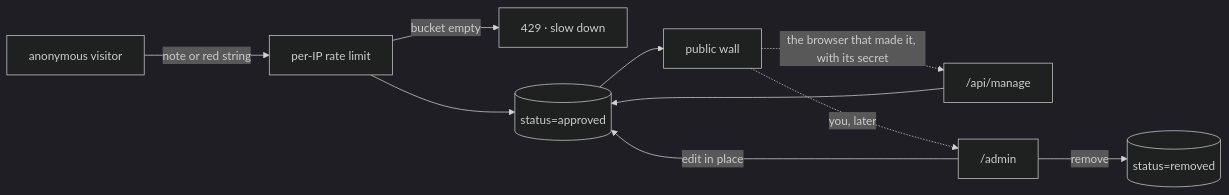
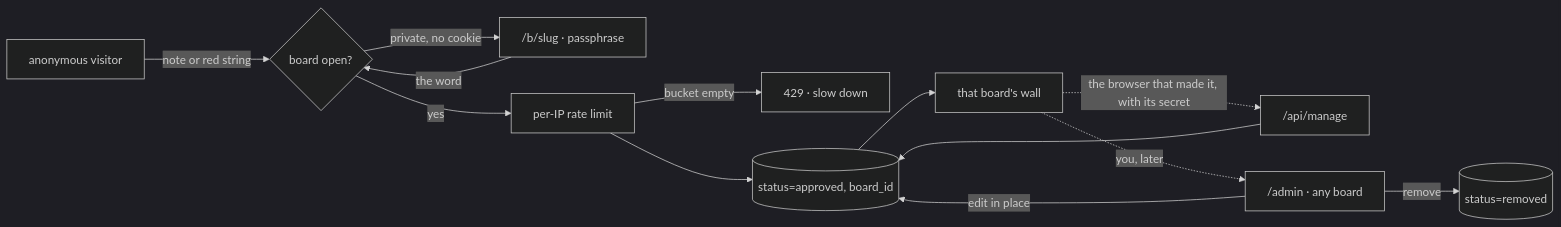
One commit to nitrimandylis/loosethreads changed the diagram in README.md. Above: the diagram before and after it, drawn with Mermaid (dark theme). The commit also changed other lines of this file, not shown here.

````diff
--- a/README.md
+++ b/README.md
@@ -102,12 +106,15 @@
 ```mermaid
 flowchart LR
-    A[anonymous visitor] -->|note or red string| B[per-IP rate limit]
+    A[anonymous visitor] -->|note or red string| G{board open?}
+    G -->|private, no cookie| P["/b/slug · passphrase"]
+    P -->|the word| G
+    G -->|yes| B[per-IP rate limit]
     B -->|bucket empty| X[429 · slow down]
-    B --> C[(status=approved)]
-    C --> H[public wall]
+    B --> C[(status=approved, board_id)]
+    C --> H[that board's wall]
     H -.->|the browser that made it, with its secret| M["/api/manage"]
     M --> C
-    H -.->|you, later| F["/admin"]
+    H -.->|you, later| F["/admin · any board"]
     F -->|edit in place| C
     F -->|remove| R[(status=removed)]
 ```
````
